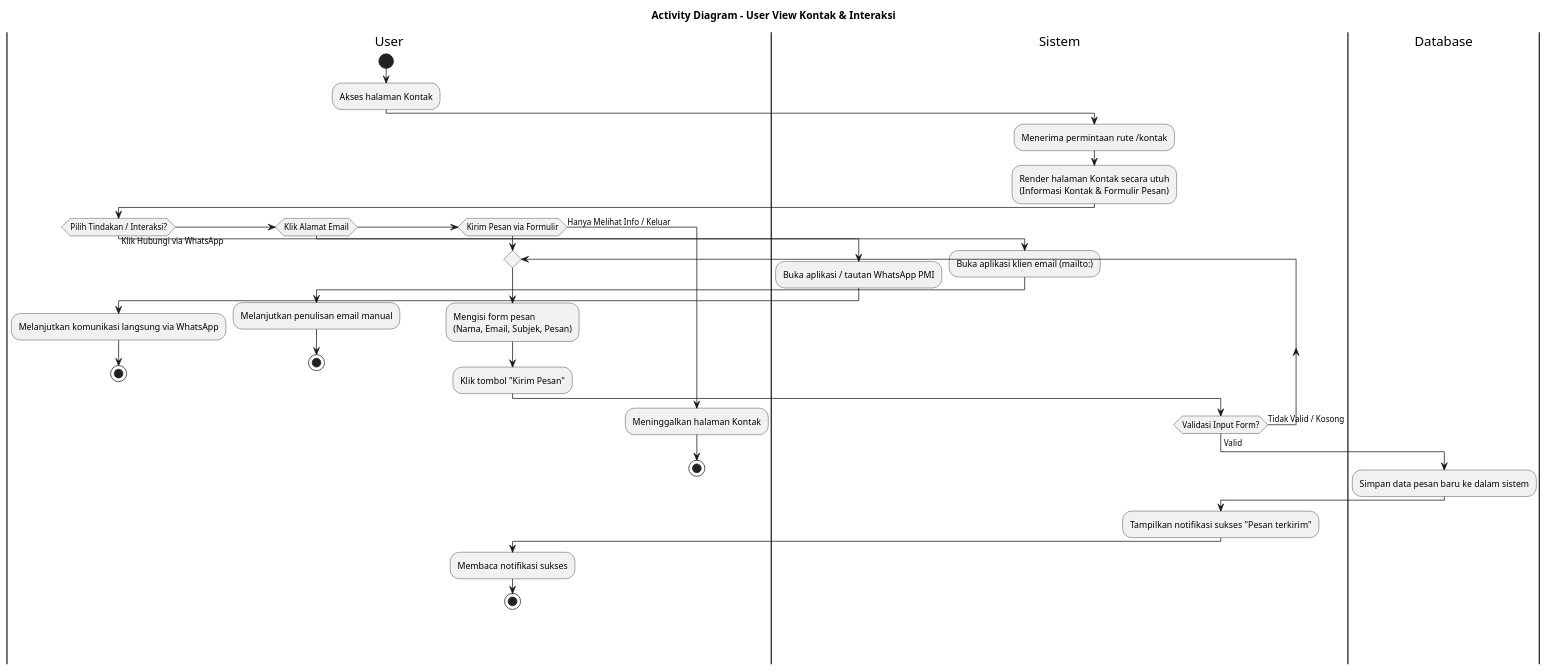
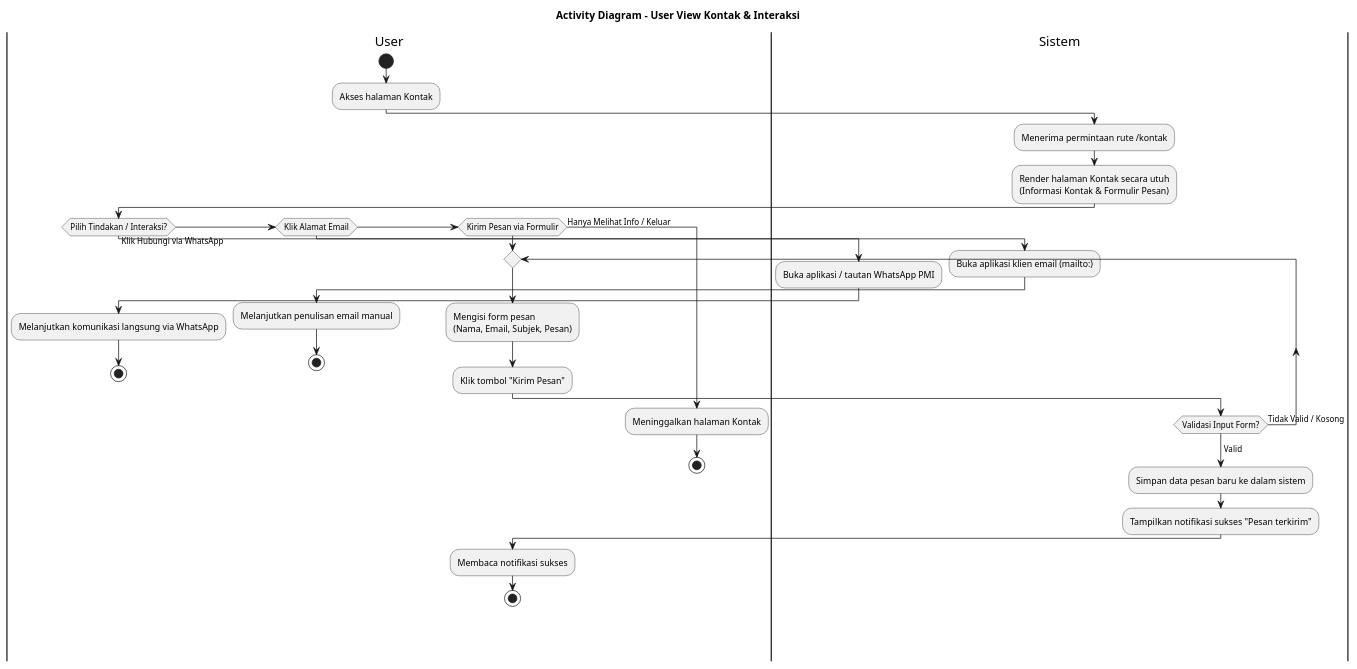
Before and after one commit to jaddu17/capstonepmikp: the diagram in diagram/activitydiagram_user_kontak.puml, drawn with PlantUML. The commit also changed 49 other files, not shown here.

```diff
--- a/diagram/activitydiagram_user_kontak.puml
+++ b/diagram/activitydiagram_user_kontak.puml
@@ -1,52 +1,50 @@
 @startuml ACTIVITY_DIAGRAM_USER_KONTAK_REVISI
 title Activity Diagram - User View Kontak & Interaksi
 
 |User|
 start
 :Akses halaman Kontak;
 
 |Sistem|
 :Menerima permintaan rute /kontak;
 :Render halaman Kontak secara utuh\n(Informasi Kontak & Formulir Pesan);
 
 |User|
 if (Pilih Tindakan / Interaksi?) then (Klik Hubungi via WhatsApp)
   |Sistem|
   :Buka aplikasi / tautan WhatsApp PMI;
   |User|
   :Melanjutkan komunikasi langsung via WhatsApp;
   stop
 
 else if (Klik Alamat Email)
   |Sistem|
   :Buka aplikasi klien email (mailto:);
   |User|
   :Melanjutkan penulisan email manual;
   stop
 
 else if (Kirim Pesan via Formulir)
   repeat
     |User|
     :Mengisi form pesan\n(Nama, Email, Subjek, Pesan);
     :Klik tombol "Kirim Pesan";
     
     |Sistem|
   repeat while (Validasi Input Form?) is (Tidak Valid / Kosong)
   ->Valid;
   
-  |Database|
+  |Sistem|
   :Simpan data pesan baru ke dalam sistem;
-  
-  |Sistem|
   :Tampilkan notifikasi sukses "Pesan terkirim";
   |User|
   :Membaca notifikasi sukses;
   stop
 
 else (Hanya Melihat Info / Keluar)
   |User|
   :Meninggalkan halaman Kontak;
   stop
 endif
 
 @enduml
```
